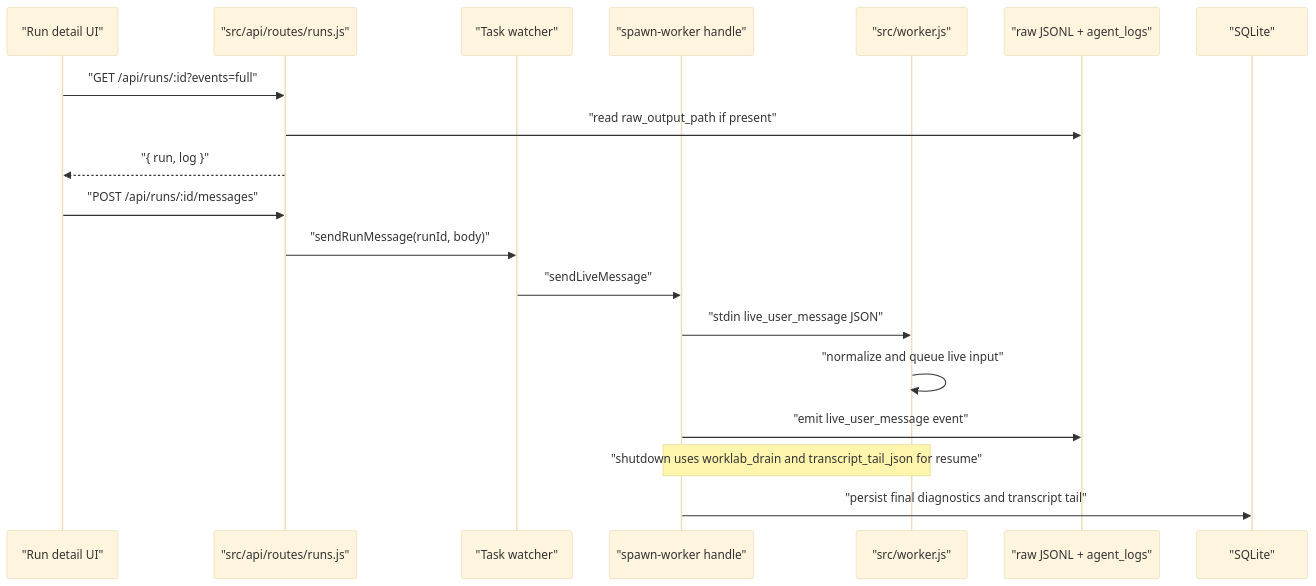
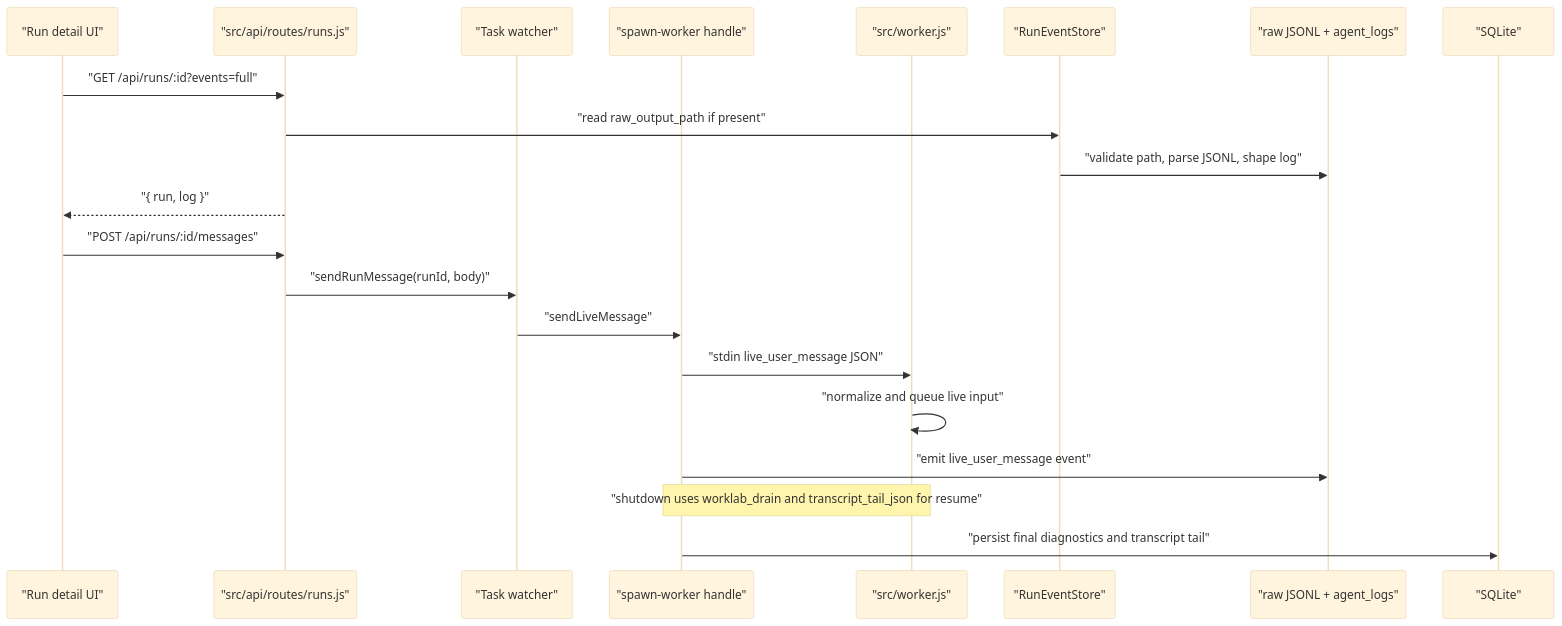
Before and after one commit to robertsreberski/worklab: the ninth of 11 diagrams in docs/ARCHITECTURE.md, drawn with Mermaid (base theme). The commit also changed other lines of this file and 17 other files, not shown here.

````diff
--- a/docs/ARCHITECTURE.md
+++ b/docs/ARCHITECTURE.md
@@ -555,22 +557,24 @@
 ```mermaid
 sequenceDiagram
   participant UI as "Run detail UI"
   participant API as "src/api/routes/runs.js"
   participant Watcher as "Task watcher"
   participant SpawnWorker as "spawn-worker handle"
   participant Worker as "src/worker.js"
+  participant EventStore as "RunEventStore"
   participant Logs as "raw JSONL + agent_logs"
   participant DB as "SQLite"
 
   UI->>API: "GET /api/runs/:id?events=full"
-  API->>Logs: "read raw_output_path if present"
+  API->>EventStore: "read raw_output_path if present"
+  EventStore->>Logs: "validate path, parse JSONL, shape log"
   API-->>UI: "{ run, log }"
   UI->>API: "POST /api/runs/:id/messages"
   API->>Watcher: "sendRunMessage(runId, body)"
   Watcher->>SpawnWorker: "sendLiveMessage"
   SpawnWorker->>Worker: "stdin live_user_message JSON"
   Worker->>Worker: "normalize and queue live input"
   SpawnWorker->>Logs: "emit live_user_message event"
   Note over SpawnWorker,Worker: "shutdown uses worklab_drain and transcript_tail_json for resume"
   SpawnWorker->>DB: "persist final diagnostics and transcript tail"
 ```
````
